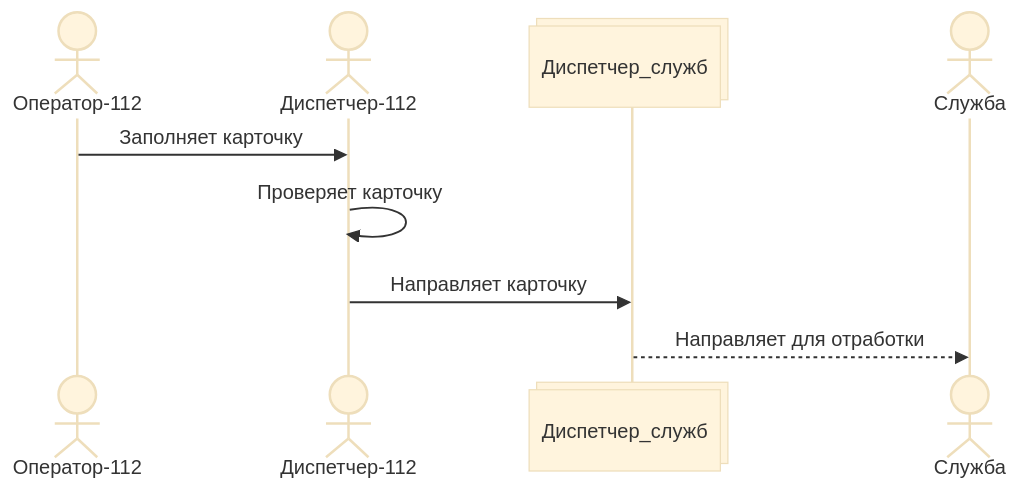
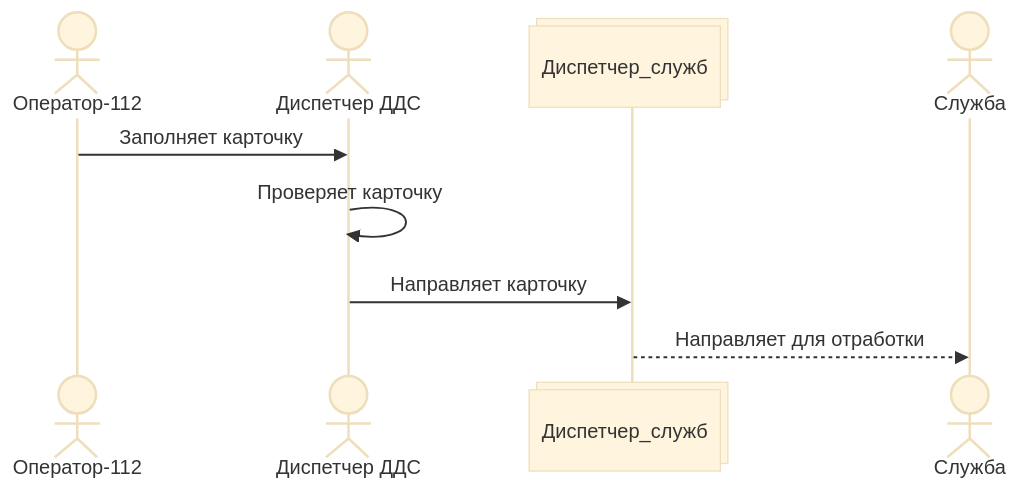
One commit to Obsidian-pb/gt_lct_hackaton changed the fifth of 9 diagrams in tz_for_work.qmd. Above: the diagram before and after it, drawn with Mermaid (base theme). The commit also changed other lines of this file and 39 other files, not shown here.

````diff
--- a/tz_for_work.qmd
+++ b/tz_for_work.qmd
@@ -798,14 +796,14 @@
 ```{mermaid}
 sequenceDiagram
         
     actor Оператор-112
-    actor Диспетчер-112
+    actor Диспетчер ДДС
     participant Диспетчер_служб@{ "type" : "collections" }
     actor Служба
 
-    Оператор-112->>Диспетчер-112: Заполняет карточку
-    Диспетчер-112->>Диспетчер-112: Проверяет карточку
-    Диспетчер-112->>Диспетчер_служб: Направляет карточку
+    Оператор-112->>Диспетчер ДДС: Заполняет карточку
+    Диспетчер ДДС->>Диспетчер ДДС: Проверяет карточку
+    Диспетчер ДДС->>Диспетчер_служб: Направляет карточку
     Диспетчер_служб-->>Служба: Направляет для отработки
     
 ```
````
